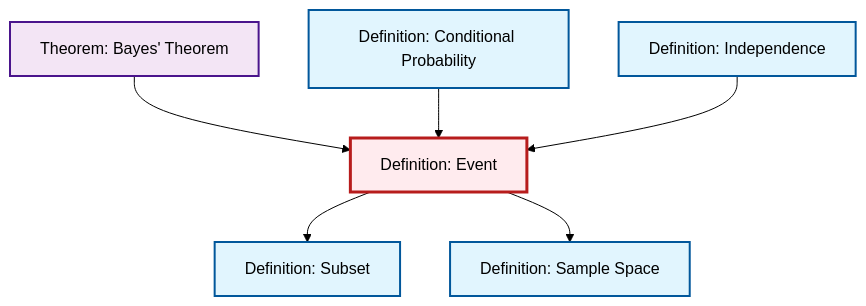
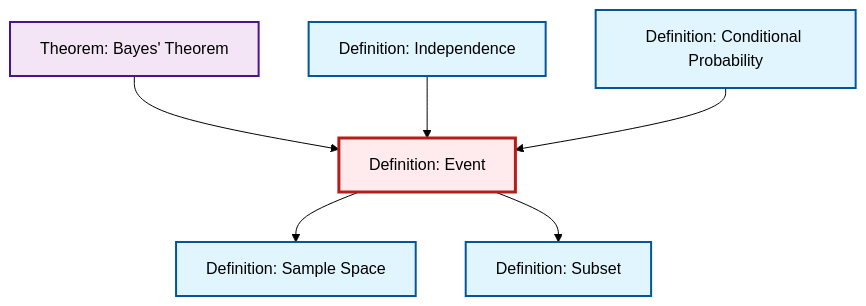
Before and after one commit to RK0429/ModernMath: the diagram in content/en/probability-statistics/def-event.qmd, drawn with Mermaid (forest theme). The commit also changed other lines of this file and 360 other files, not shown here.

````diff
--- a/content/en/probability-statistics/def-event.qmd
+++ b/content/en/probability-statistics/def-event.qmd
@@ -69,26 +69,26 @@
 ```{mermaid}
 %%| fig-cap: "Local dependency graph"
 graph TD
     classDef definition fill:#e1f5fe,stroke:#01579b,stroke-width:2px
     classDef theorem fill:#f3e5f5,stroke:#4a148c,stroke-width:2px
     classDef axiom fill:#fff3e0,stroke:#e65100,stroke-width:2px
     classDef example fill:#e8f5e9,stroke:#1b5e20,stroke-width:2px
     classDef current fill:#ffebee,stroke:#b71c1c,stroke-width:3px
+    thm-bayes["Theorem: Bayes' Theorem"]:::theorem
     def-conditional-probability["Definition: Conditional Probability"]:::definition
+    def-sample-space["Definition: Sample Space"]:::definition
+    def-event["Definition: Event"]:::definition
     def-independence["Definition: Independence"]:::definition
     def-subset["Definition: Subset"]:::definition
-    def-sample-space["Definition: Sample Space"]:::definition
-    thm-bayes["Theorem: Bayes' Theorem"]:::theorem
-    def-event["Definition: Event"]:::definition
+    thm-bayes --> def-event
+    def-independence --> def-event
+    def-conditional-probability --> def-event
+    def-event --> def-sample-space
     def-event --> def-subset
-    thm-bayes --> def-event
-    def-event --> def-sample-space
-    def-conditional-probability --> def-event
-    def-independence --> def-event
     class def-event current
+    click thm-bayes "thm-bayes.html" "Go to Bayes' Theorem theorem"
     click def-conditional-probability "def-conditional-probability.html" "Go to Conditional Probability definition"
+    click def-sample-space "def-sample-space.html" "Go to Sample Space definition"
     click def-independence "def-independence.html" "Go to Independence definition"
     click def-subset "def-subset.html" "Go to Subset definition"
-    click def-sample-space "def-sample-space.html" "Go to Sample Space definition"
-    click thm-bayes "thm-bayes.html" "Go to Bayes' Theorem theorem"
 ```
````
